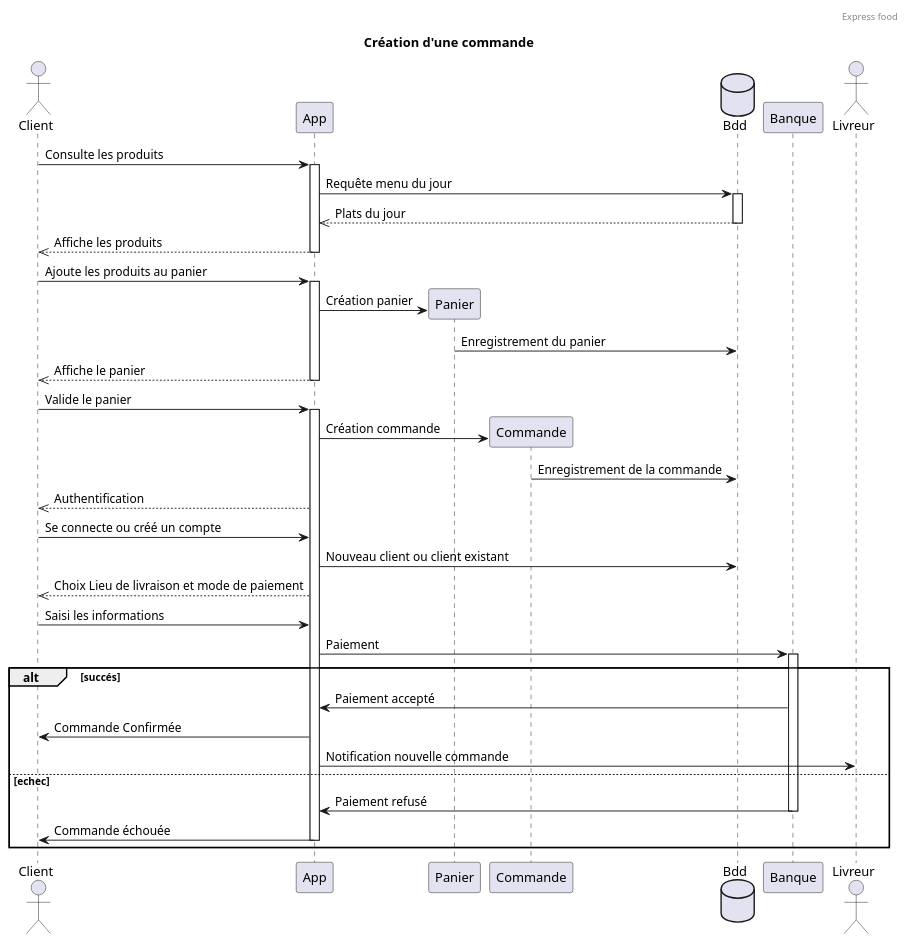
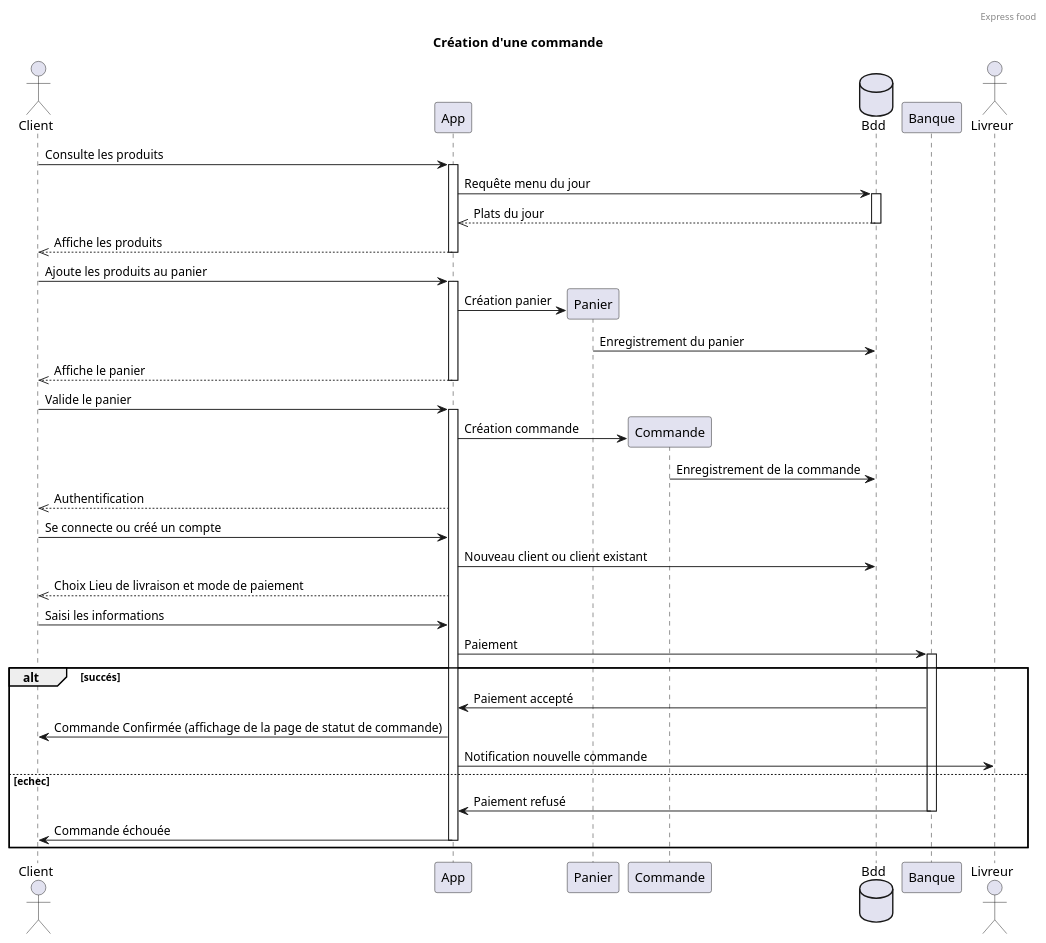
Before and after one commit to ArtGM/express-food: the diagram in Order.wsd, drawn with PlantUML. The commit also changed 25 other files, not shown here.

Commit message:
Update diagrams

```diff
--- a/Order.wsd
+++ b/Order.wsd
@@ -1,48 +1,48 @@
 @startuml
 header Express food
 title Création d'une commande
 actor Client
 participant App
 participant Panier
 participant Commande
 database Bdd
 participant Banque
 actor Livreur
 Client -> App: Consulte les produits
 activate App
 App -> Bdd:  Requête menu du jour
 activate Bdd
 Bdd -->> App: Plats du jour
 deactivate Bdd
 App -->> Client: Affiche les produits
 deactivate App
 Client -> App: Ajoute les produits au panier
 activate App
 create Panier
 App -> Panier: Création panier
 Panier -> Bdd: Enregistrement du panier
 App -->> Client: Affiche le panier
 deactivate App
 Client -> App: Valide le panier
 activate App
 create Commande
 App -> Commande: Création commande
 Commande -> Bdd: Enregistrement de la commande
 App -->> Client: Authentification
 Client -> App: Se connecte ou créé un compte
 App -> Bdd: Nouveau client ou client existant
 App -->> Client: Choix Lieu de livraison et mode de paiement
 Client -> App: Saisi les informations
 App -> Banque: Paiement
 alt succés
 activate Banque
   Banque -> App: Paiement accepté
-  App -> Client: Commande Confirmée
+  App -> Client: Commande Confirmée (affichage de la page de statut de commande)
   App -> Livreur: Notification nouvelle commande
 else echec
   Banque -> App: Paiement refusé
 deactivate Banque
   App -> Client: Commande échouée
 deactivate App
 end
 @enduml
```
